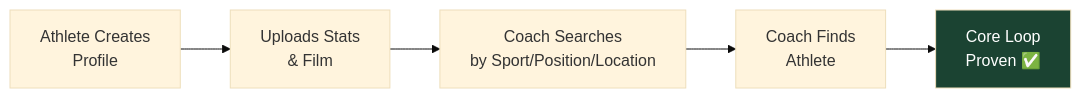
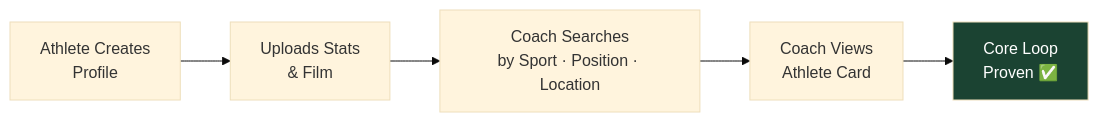
Before and after one commit to huttonbenj/The-Prowler: diagram 18 of 18 in STRATEGY.md, drawn with Mermaid (base theme). The commit also changed other lines of this file, not shown here.

Commit message:
Complete strategy rebuild: verified pricing, itemized hours, architecture diagrams

````diff
--- a/STRATEGY.md
+++ b/STRATEGY.md
@@ -331,9 +673,9 @@
 ```mermaid
 flowchart LR
     A["Athlete Creates<br/>Profile"] --> B["Uploads Stats<br/>& Film"]
-    B --> C["Coach Searches<br/>by Sport/Position/Location"]
-    C --> D["Coach Finds<br/>Athlete"]
+    B --> C["Coach Searches<br/>by Sport · Position · Location"]
+    C --> D["Coach Views<br/>Athlete Card"]
     D --> E["Core Loop<br/>Proven ✅"]
 
     style E fill:#1b4332,color:#fff
 ```
````
